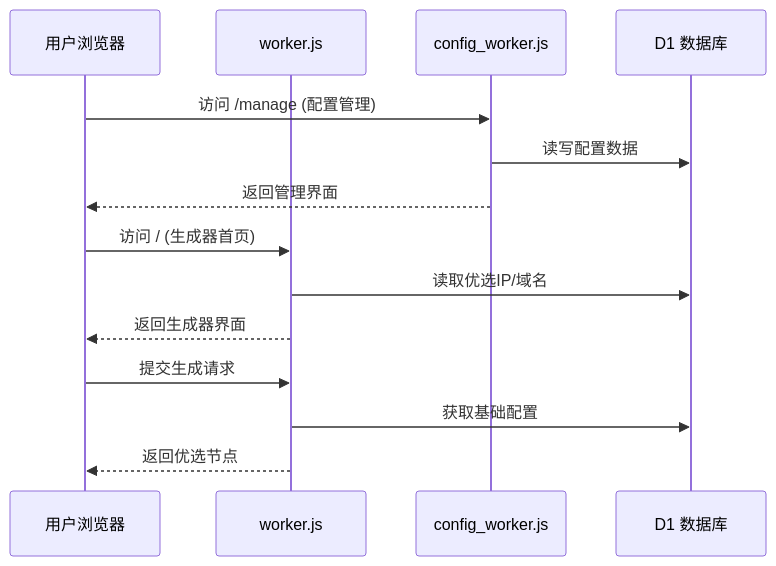
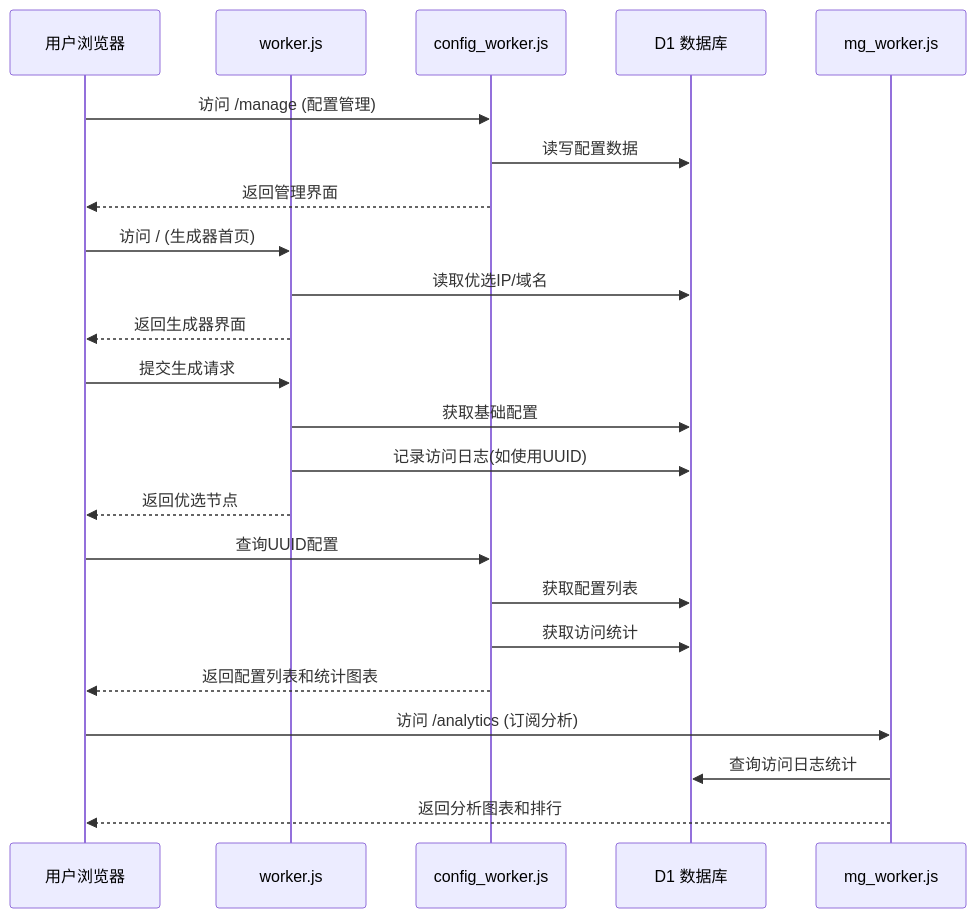
The diagram in readme.md (yangzifun/cfst), drawn with Mermaid before and after one commit. The commit also changed other lines of this file and 3 other files, not shown here.

````diff
--- a/readme.md
+++ b/readme.md
@@ -226,19 +303,30 @@
 ```mermaid
 sequenceDiagram
     participant User as 用户浏览器
     participant Main as worker.js
     participant Config as config_worker.js
     participant DB as D1 数据库
+    participant Mg as mg_worker.js
 
     User->>Config: 访问 /manage (配置管理)
     Config->>DB: 读写配置数据
     Config-->>User: 返回管理界面
 
     User->>Main: 访问 / (生成器首页)
     Main->>DB: 读取优选IP/域名
     Main-->>User: 返回生成器界面
 
     User->>Main: 提交生成请求
     Main->>DB: 获取基础配置
+    Main->>DB: 记录访问日志(如使用UUID)
     Main-->>User: 返回优选节点
+  
+    User->>Config: 查询UUID配置
+    Config->>DB: 获取配置列表
+    Config->>DB: 获取访问统计
+    Config-->>User: 返回配置列表和统计图表
+  
+    User->>Mg: 访问 /analytics (订阅分析)
+    Mg->>DB: 查询访问日志统计
+    Mg-->>User: 返回分析图表和排行
 ```
````
